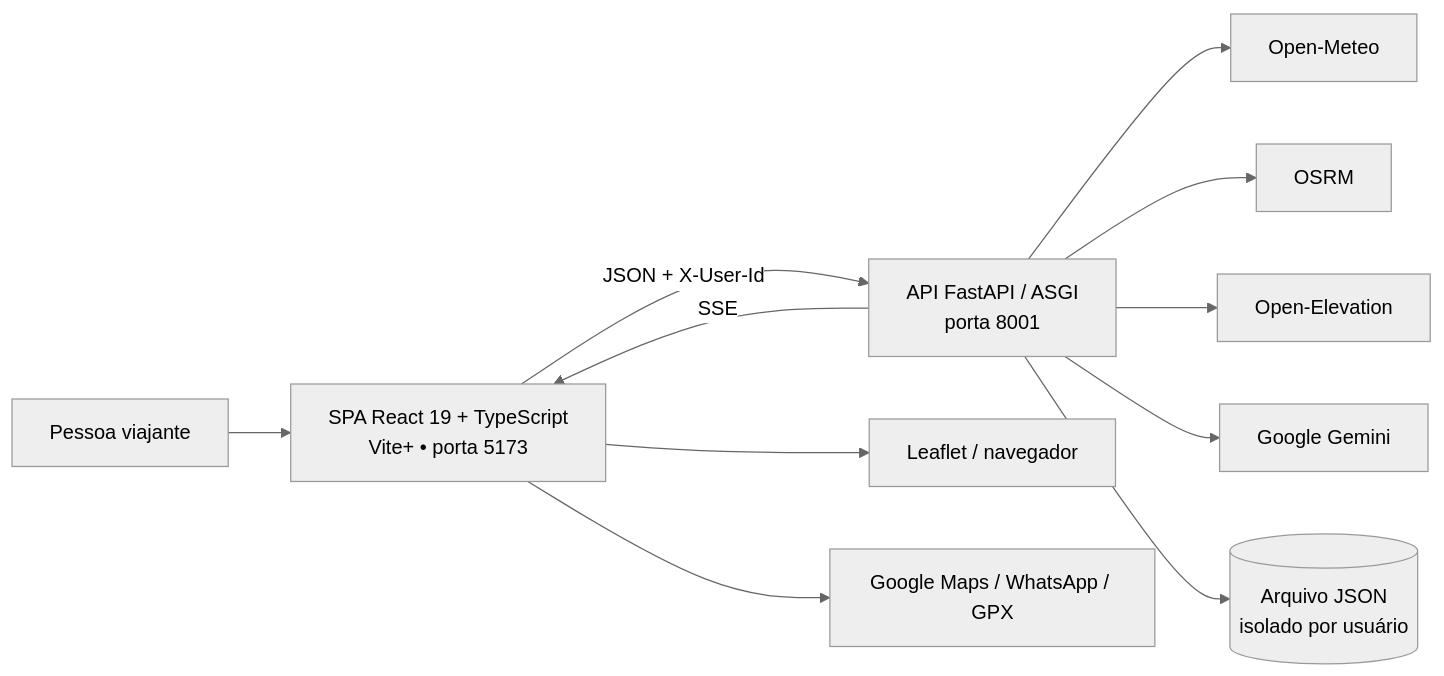
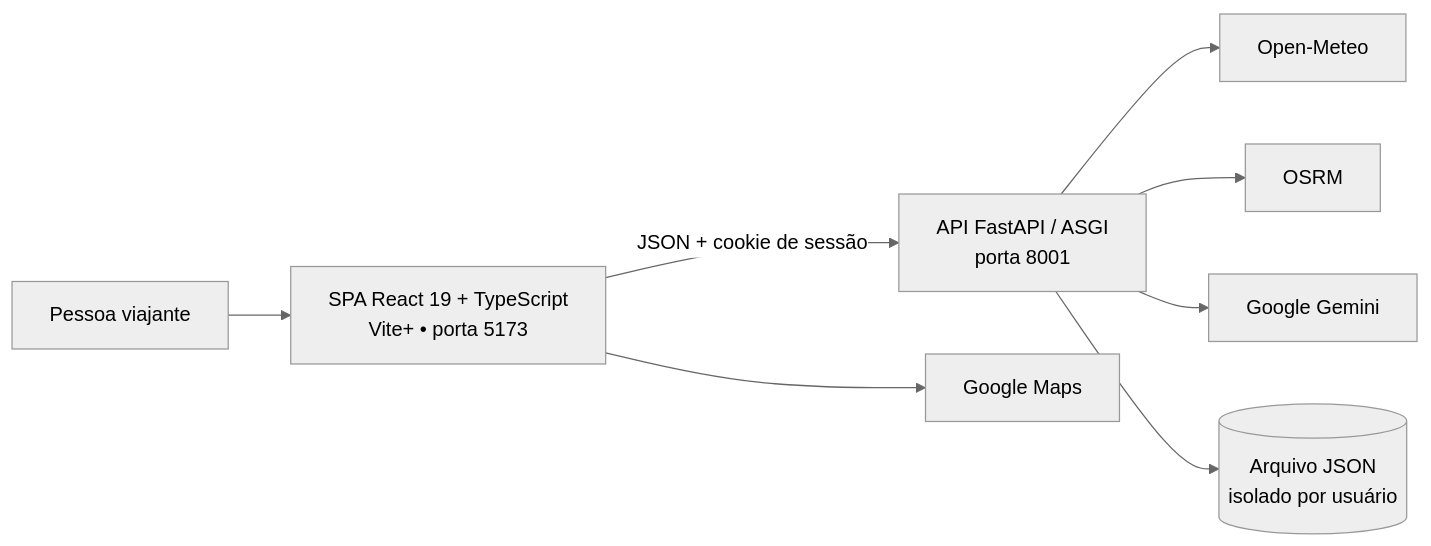
Before and after one commit to orbita83/guia-turista-inteligente-II: the first of 2 diagrams in docs/arquitetura/visao-geral.md, drawn with Mermaid (neutral theme). The commit also changed other lines of this file and 24 other files, not shown here.

````diff
--- a/docs/arquitetura/visao-geral.md
+++ b/docs/arquitetura/visao-geral.md
@@ -12,13 +17,10 @@
 ```mermaid
 flowchart LR
     U[Pessoa viajante] --> SPA[SPA React 19 + TypeScript<br>Vite+ • porta 5173]
-    SPA -->|JSON + X-User-Id| API[API FastAPI / ASGI<br>porta 8001]
+    SPA -->|JSON + cookie de sessão| API[API FastAPI / ASGI<br>porta 8001]
     API --> METEO[Open-Meteo]
     API --> OSRM[OSRM]
-    API --> ELEV[Open-Elevation]
     API --> GEMINI[Google Gemini]
     API --> STORE[(Arquivo JSON<br>isolado por usuário)]
-    API -->|SSE| SPA
-    SPA --> MAP[Leaflet / navegador]
-    SPA --> OUT[Google Maps / WhatsApp / GPX]
+    SPA --> OUT[Google Maps]
 ```
````
